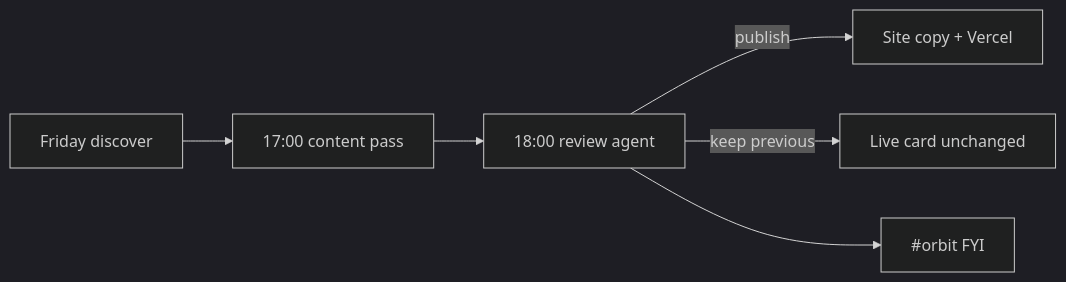
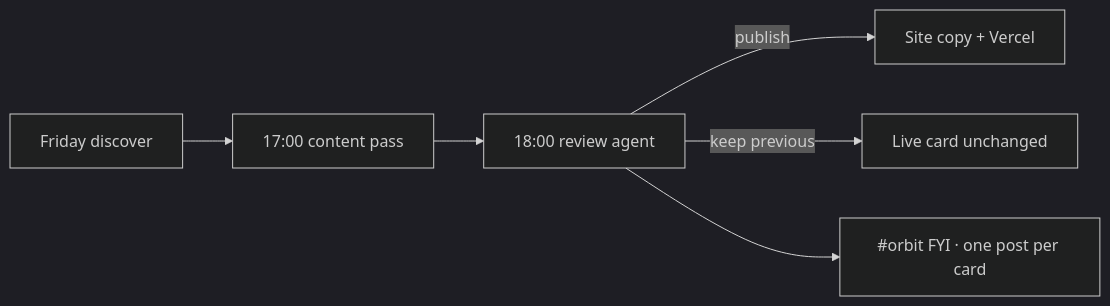
Before and after one commit to AlexTouvras/Orbit: the second of 6 diagrams in src/content/architecture/orbit-platform.mdx, drawn with Mermaid (dark theme). The commit also changed other lines of this file and 10 other files, not shown here.

First line of the commit message:
Add ProjectBrain showcase: featured Write, portfolio card, and architecture page.

````diff
--- a/src/content/architecture/orbit-platform.mdx
+++ b/src/content/architecture/orbit-platform.mdx
@@ -45,8 +45,8 @@
 ```mermaid
 flowchart LR
   CI[Friday discover] --> Author[17:00 content pass]
   Author --> Review[18:00 review agent]
   Review -->|publish| Live[Site copy + Vercel]
   Review -->|keep previous| Stay[Live card unchanged]
-  Review --> Slack["#orbit FYI"]
+  Review --> Slack["#orbit FYI · one post per card"]
 ```
````
